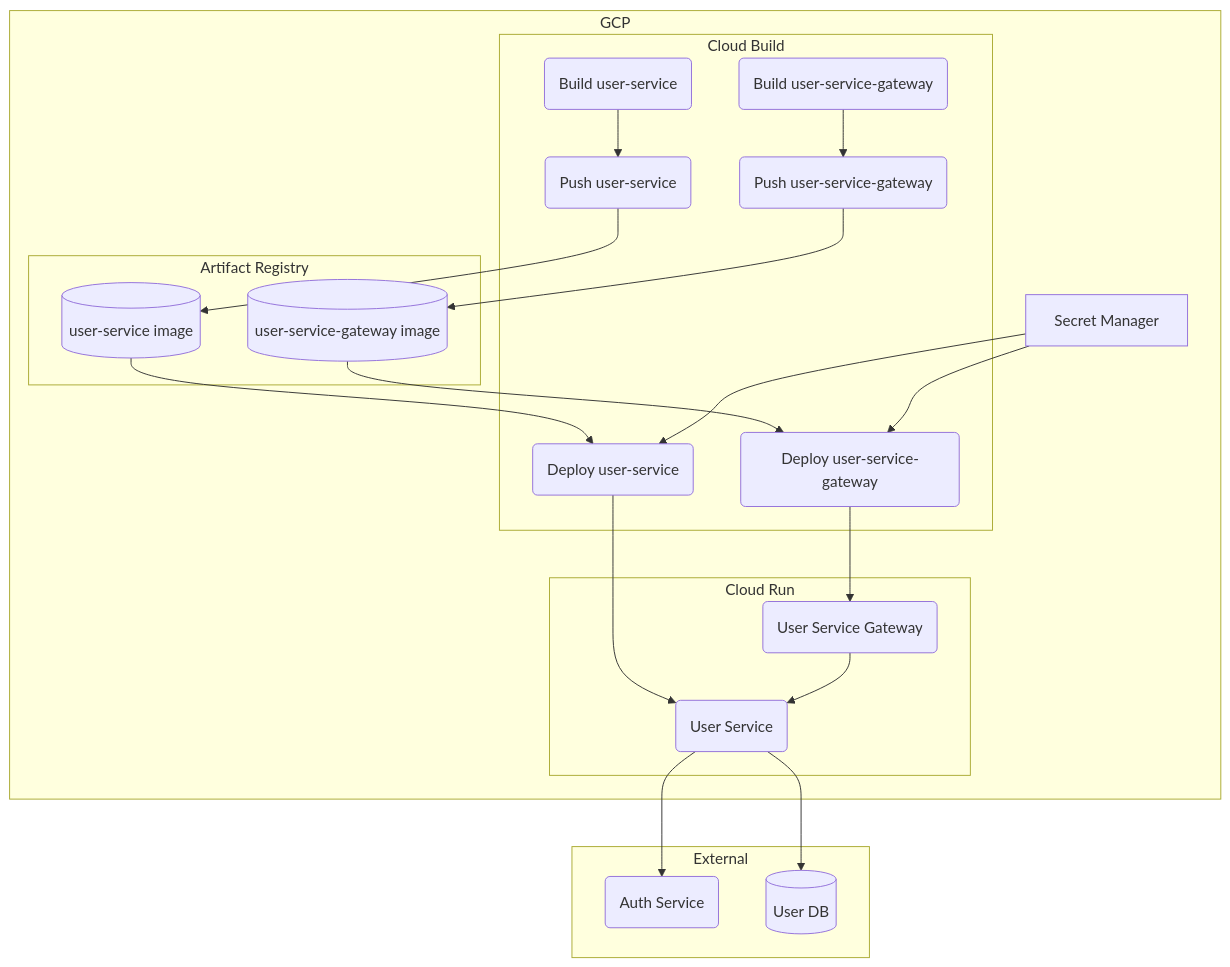
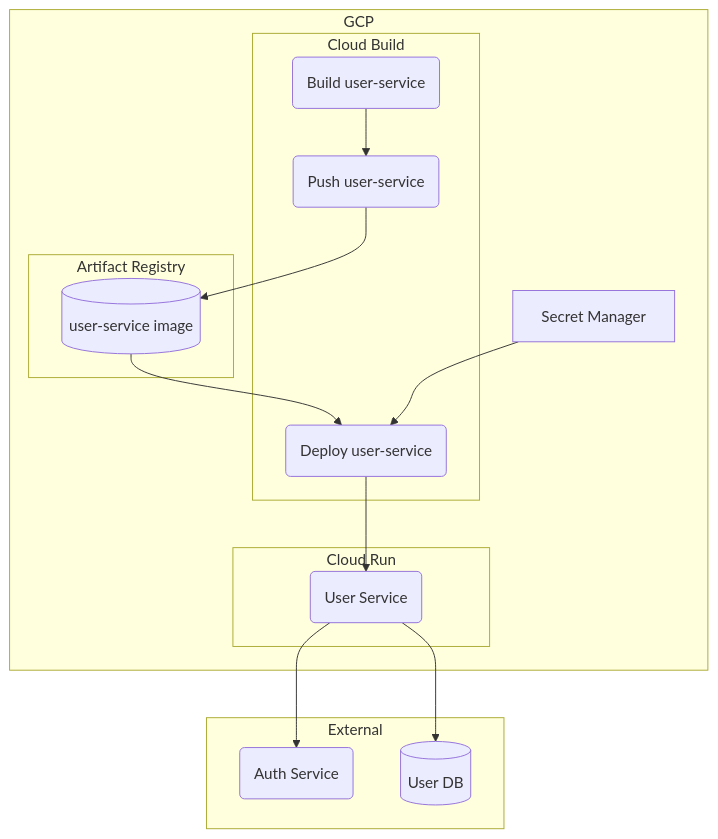
Before and after one commit to qkitzero/user-service: the second of 2 diagrams in README.md, drawn with Mermaid.

Commit message:
update: readme (#175)

````diff
--- a/README.md
+++ b/README.md
@@ -38,45 +38,34 @@
 ```mermaid
 flowchart TD
     subgraph gcp[GCP]
         secret_manager[Secret Manager]
 
         subgraph cloud_build[Cloud Build]
             build_user_service(Build user-service)
             push_user_service(Push user-service)
             deploy_user_service(Deploy user-service)
-
-            build_user_service_gateway(Build user-service-gateway)
-            push_user_service_gateway(Push user-service-gateway)
-            deploy_user_service_gateway(Deploy user-service-gateway)
         end
-
 
         subgraph artifact_registry[Artifact Registry]
             user_service_image[(user-service image)]
-            user_service_gateway_image[(user-service-gateway image)]
         end
 
         subgraph cloud_run[Cloud Run]
             user_service(User Service)
-            user_service_gateway(User Service Gateway)
         end
     end
 
     subgraph external[External]
         auth_service(Auth Service)
         user_db[(User DB)]
     end
 
     build_user_service --> push_user_service --> user_service_image
-    build_user_service_gateway --> push_user_service_gateway --> user_service_gateway_image
 
     user_service_image --> deploy_user_service --> user_service
-    user_service_gateway_image --> deploy_user_service_gateway --> user_service_gateway
 
     secret_manager --> deploy_user_service
-    secret_manager --> deploy_user_service_gateway
 
-    user_service_gateway --> user_service
     user_service --> user_db
     user_service --> auth_service
 ```
````
